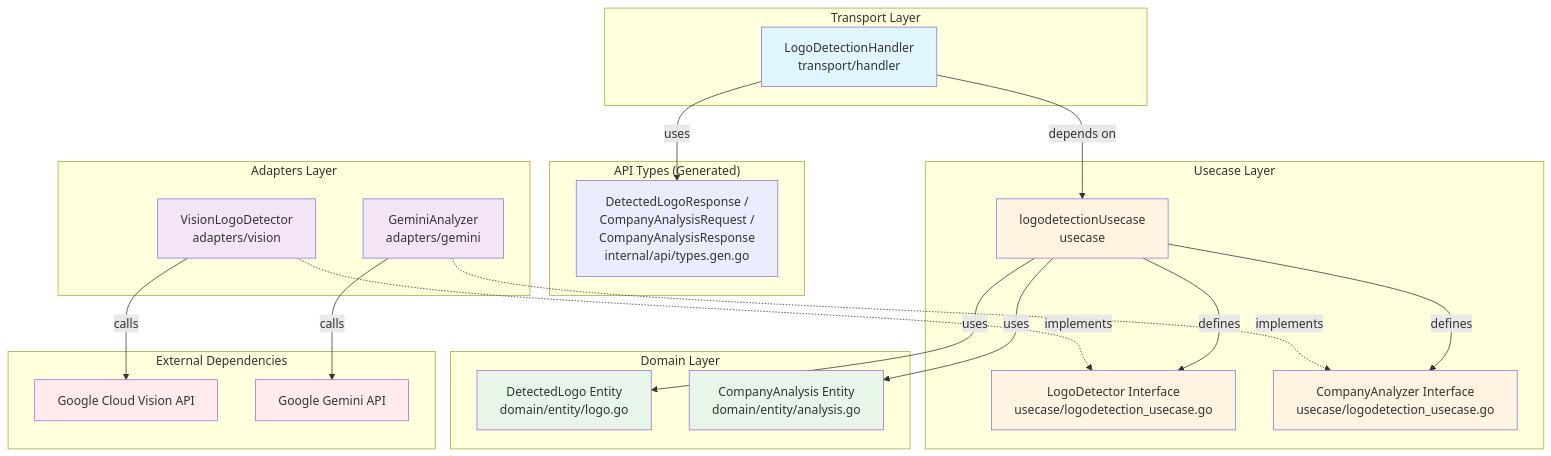
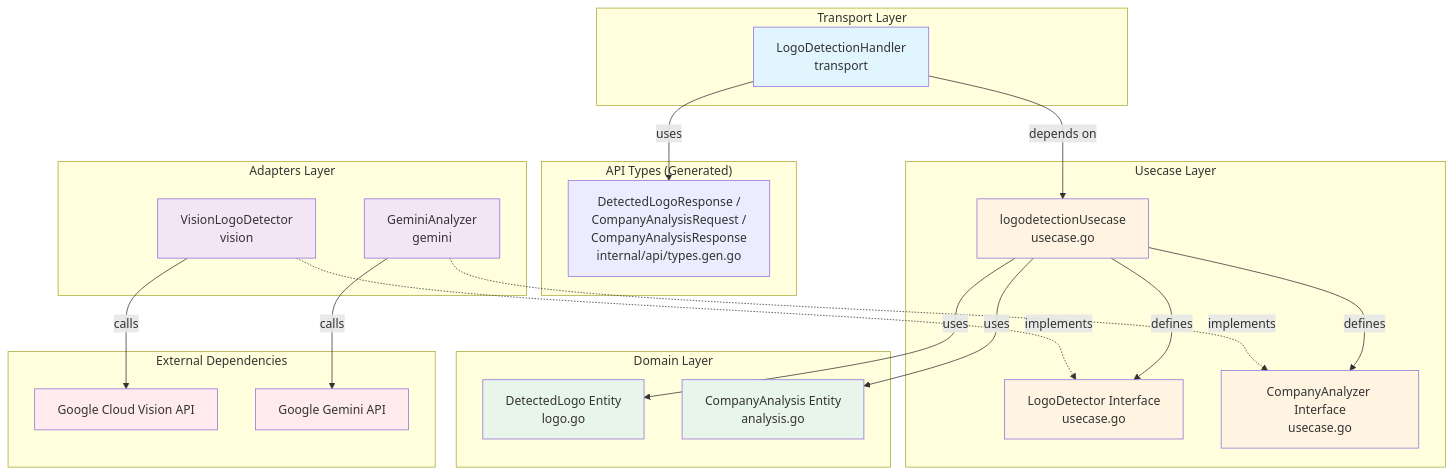
Before and after one commit to UCHIDAnobuhiro/stock_backend: the third of 3 diagrams in internal/feature/logodetection/README.md, drawn with Mermaid. The commit also changed other lines of this file and 6 other files, not shown here.

````diff
--- a/internal/feature/logodetection/README.md
+++ b/internal/feature/logodetection/README.md
@@ -224,53 +224,53 @@
 ```mermaid
 graph TB
     subgraph "Transport Layer"
-        Handler[LogoDetectionHandler<br/>transport/handler]
+        Handler[LogoDetectionHandler<br/>transport]
     end
 
     subgraph "API Types (Generated)"
         APITypes[DetectedLogoResponse /<br/>CompanyAnalysisRequest /<br/>CompanyAnalysisResponse<br/>internal/api/types.gen.go]
     end
 
     subgraph "Usecase Layer"
-        Usecase[logodetectionUsecase<br/>usecase]
-        DetectorIF[LogoDetector Interface<br/>usecase/logodetection_usecase.go]
-        AnalyzerIF[CompanyAnalyzer Interface<br/>usecase/logodetection_usecase.go]
+        Usecase[logodetectionUsecase<br/>usecase.go]
+        DetectorIF[LogoDetector Interface<br/>usecase.go]
+        AnalyzerIF[CompanyAnalyzer Interface<br/>usecase.go]
     end
 
     subgraph "Domain Layer"
-        Logo[DetectedLogo Entity<br/>domain/entity/logo.go]
-        Analysis[CompanyAnalysis Entity<br/>domain/entity/analysis.go]
+        Logo[DetectedLogo Entity<br/>logo.go]
+        Analysis[CompanyAnalysis Entity<br/>analysis.go]
     end
 
     subgraph "Adapters Layer"
-        Vision[VisionLogoDetector<br/>adapters/vision]
-        Gemini[GeminiAnalyzer<br/>adapters/gemini]
+        Vision[VisionLogoDetector<br/>vision]
+        Gemini[GeminiAnalyzer<br/>gemini]
     end
 
     subgraph "External Dependencies"
         VisionAPI[Google Cloud Vision API]
         GeminiAPI[Google Gemini API]
     end
 
     Handler -->|depends on| Usecase
     Handler -->|uses| APITypes
     Usecase -->|defines| DetectorIF
     Usecase -->|defines| AnalyzerIF
     Usecase -->|uses| Logo
     Usecase -->|uses| Analysis
     Vision -.->|implements| DetectorIF
     Gemini -.->|implements| AnalyzerIF
     Vision -->|calls| VisionAPI
     Gemini -->|calls| GeminiAPI
 
     style Handler fill:#e1f5ff
     style Usecase fill:#fff4e1
     style DetectorIF fill:#fff4e1
     style AnalyzerIF fill:#fff4e1
     style Logo fill:#e8f5e9
     style Analysis fill:#e8f5e9
     style Vision fill:#f3e5f5
     style Gemini fill:#f3e5f5
     style VisionAPI fill:#ffebee
     style GeminiAPI fill:#ffebee
 ```
````
